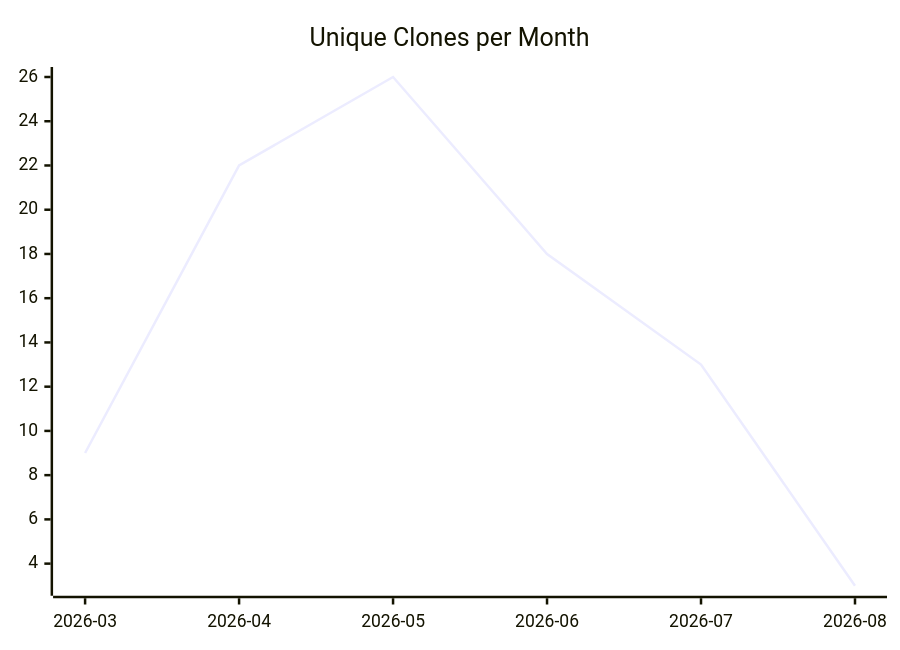
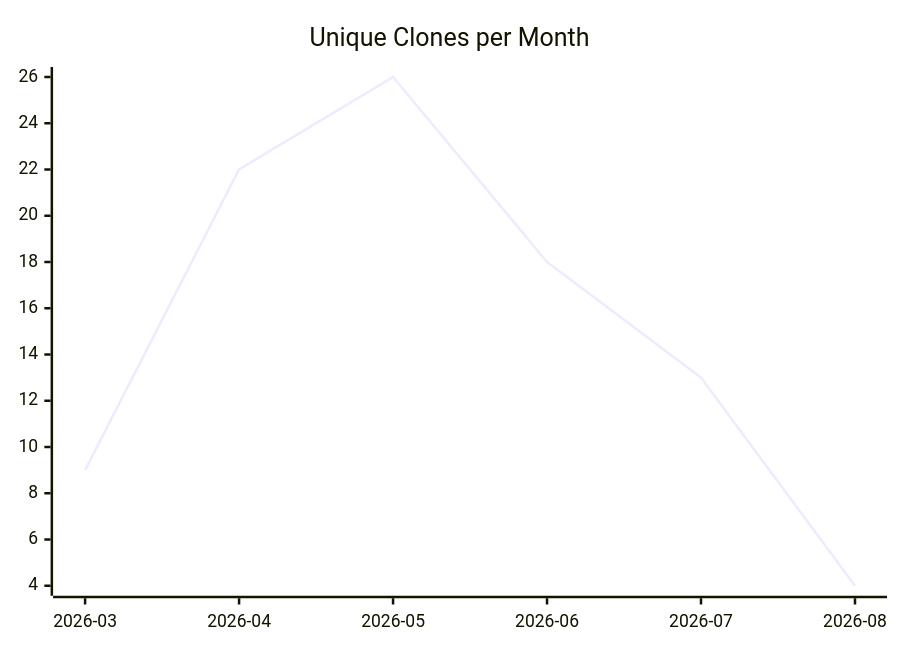
The third of 3 diagrams in karlmdavis/lego-ev3dev-rs/README.md (justdavis-family/github-analytics-data), drawn with Mermaid before and after one commit. The commit also changed other lines of this file and 160 other files, not shown here.

````diff
--- a/karlmdavis/lego-ev3dev-rs/README.md
+++ b/karlmdavis/lego-ev3dev-rs/README.md
@@ -19,6 +19,6 @@
 ```mermaid
 xychart-beta
   title "Unique Clones per Month"
   x-axis ["2026-03", "2026-04", "2026-05", "2026-06", "2026-07", "2026-08"]
-  line [9, 22, 26, 18, 13, 3]
+  line [9, 22, 26, 18, 13, 4]
 ```
````
